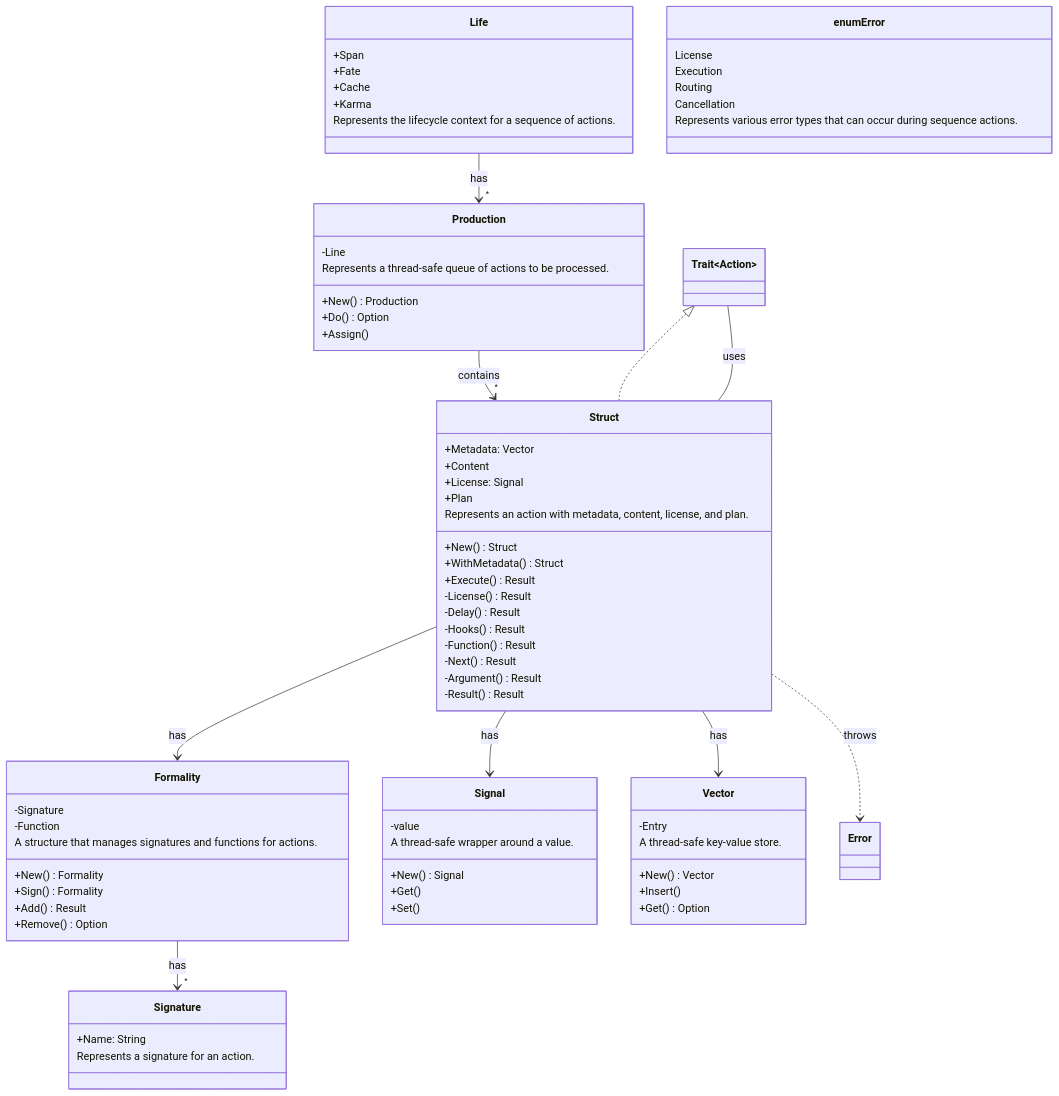
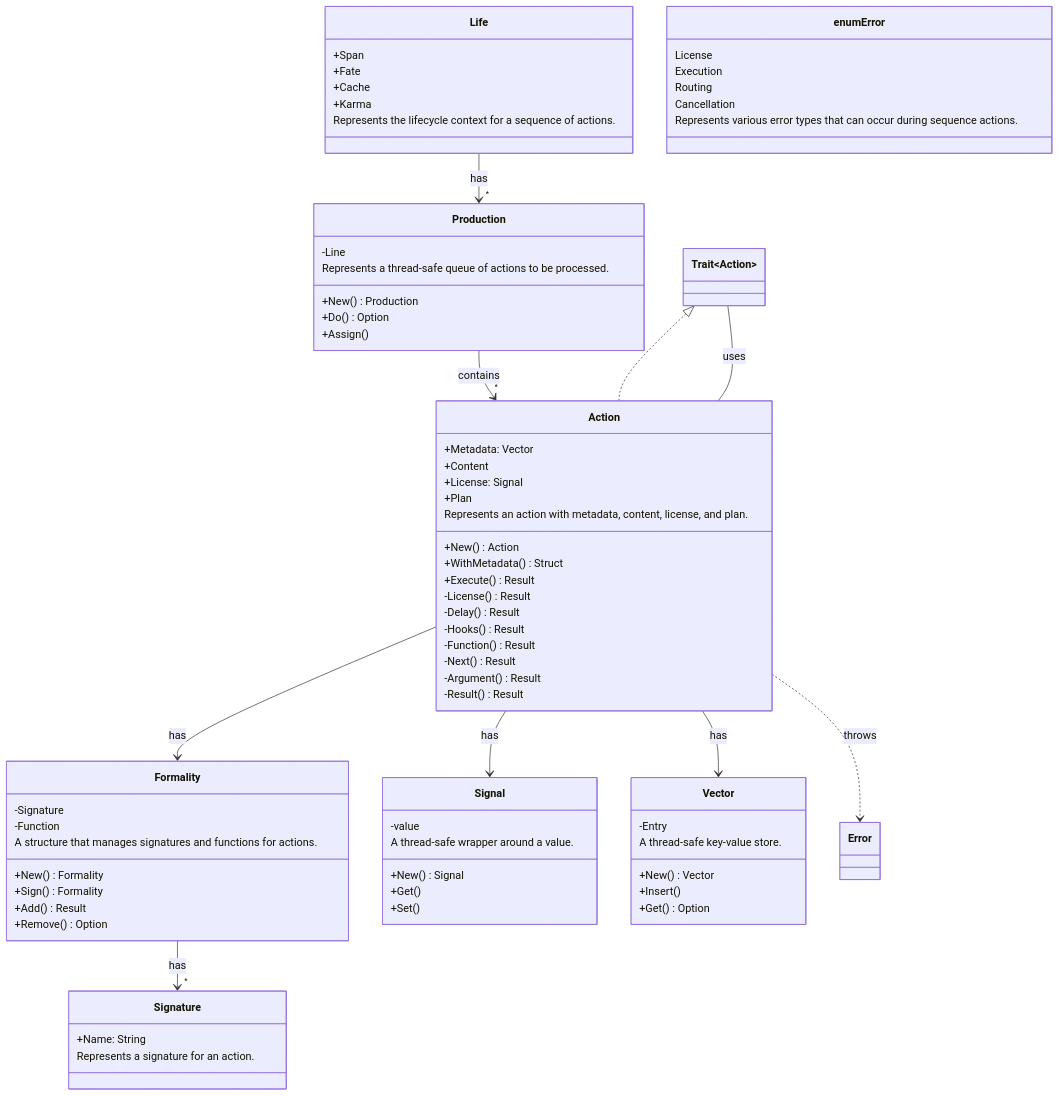
The first of 2 diagrams in README.md (CodeEditorLand/Echo), drawn with Mermaid before and after one commit. The commit also changed other lines of this file, not shown here.

````diff
--- a/README.md
+++ b/README.md
@@ -160,11 +160,11 @@
 ```mermaid
 classDiagram
-    class Struct {
+    class Action {
         +Metadata: Vector
         +Content
         +License: Signal
         +Plan
-        +New() Struct
+        +New() Action
         +WithMetadata() Struct
         +Execute() Result
         -License() Result
@@ -232,13 +232,13 @@
         Represents various error types that can occur during sequence actions.
     }
 
-    Struct --> Vector : has
-    Struct --> Signal : has
-    Struct --> Formality : has
+    Action --> Vector : has
+    Action --> Signal : has
+    Action --> Formality : has
     Life --> "*" Production : has
-    Production --> "*" Struct : contains
+    Production --> "*" Action : contains
     Formality --> "*" Signature: has
-    Struct ..> Error : throws
-    Trait~Action~ <|.. Struct
-    Trait~Site~ -- Struct: uses
+    Action ..> Error : throws
+    Trait~Action~ <|.. Action
+    Trait~Site~ -- Action: uses
 ```
````
